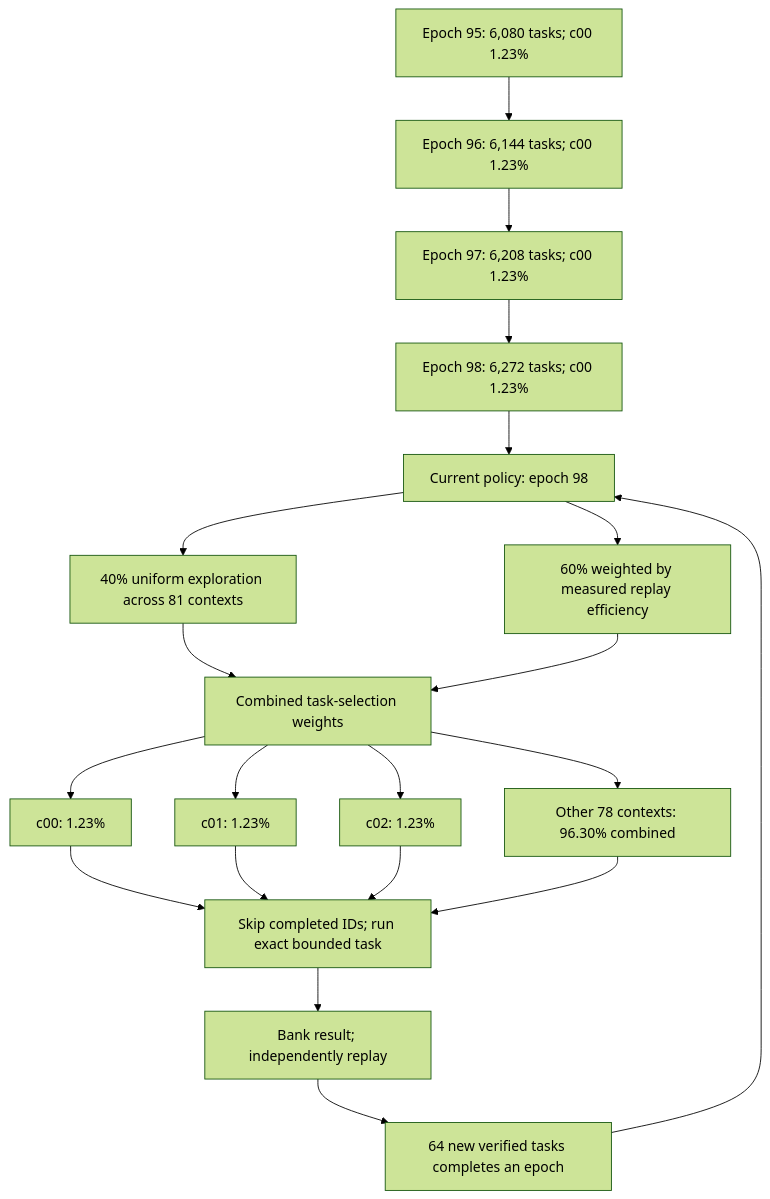
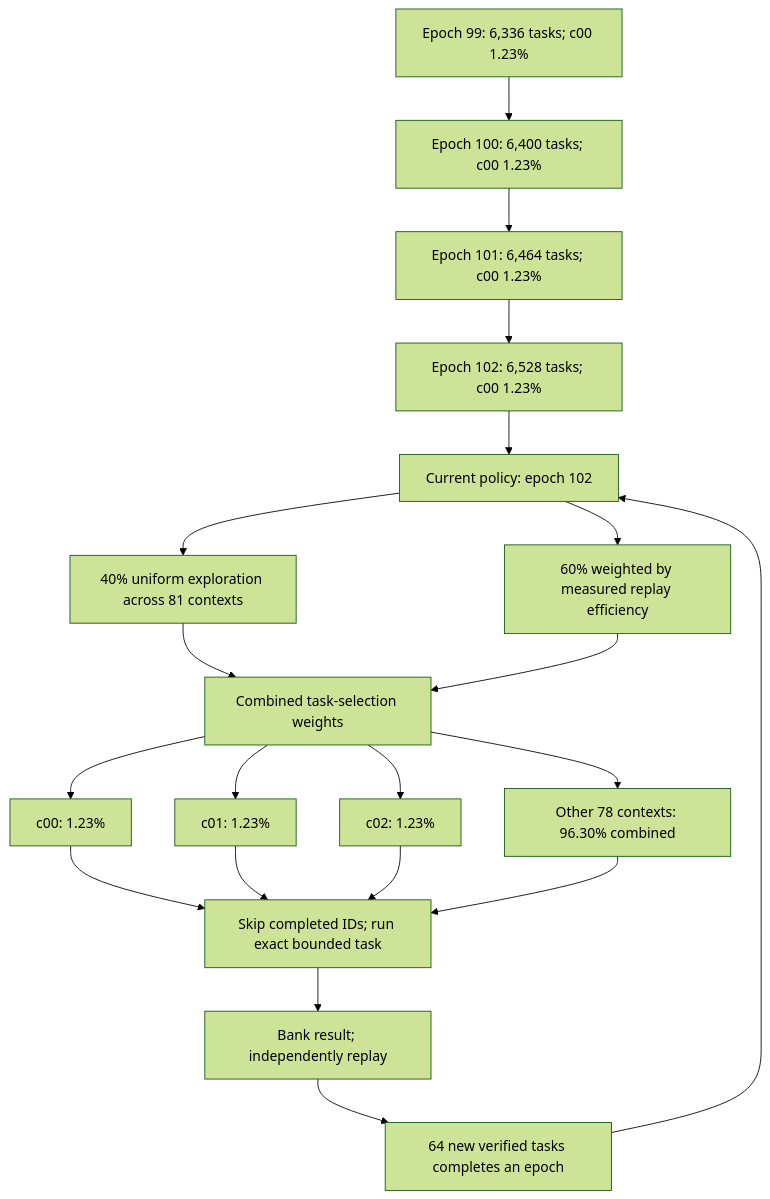
Before and after one commit to Kuberwastaken/math-gambling: the diagram in README.md, drawn with Mermaid (forest theme). The commit also changed other lines of this file and 590 other files, not shown here.

````diff
--- a/README.md
+++ b/README.md
@@ -48,27 +48,27 @@
 ```mermaid
 flowchart TD
-    H0["Epoch 95: 6,080 tasks; c00 1.23%"]
-    H1["Epoch 96: 6,144 tasks; c00 1.23%"]
+    H0["Epoch 99: 6,336 tasks; c00 1.23%"]
+    H1["Epoch 100: 6,400 tasks; c00 1.23%"]
     H0 --> H1
-    H2["Epoch 97: 6,208 tasks; c00 1.23%"]
+    H2["Epoch 101: 6,464 tasks; c00 1.23%"]
     H1 --> H2
-    H3["Epoch 98: 6,272 tasks; c00 1.23%"]
+    H3["Epoch 102: 6,528 tasks; c00 1.23%"]
     H2 --> H3
-    Policy["Current policy: epoch 98"]
+    Policy["Current policy: epoch 102"]
     H3 --> Policy
     Policy --> Explore["40% uniform exploration across 81 contexts"]
     Policy --> Cost["60% weighted by measured replay efficiency"]
     Explore --> Mix["Combined task-selection weights"]
     Cost --> Mix
     Mix --> C0["c00: 1.23%"]
     Mix --> C1["c01: 1.23%"]
     Mix --> C2["c02: 1.23%"]
     Mix --> Rest["Other 78 contexts: 96.30% combined"]
     C0 --> Check["Skip completed IDs; run exact bounded task"]
     C1 --> Check
     C2 --> Check
     Rest --> Check
     Check --> Replay["Bank result; independently replay"]
     Replay --> Gate["64 new verified tasks completes an epoch"]
     Gate --> Policy
 ```
````
